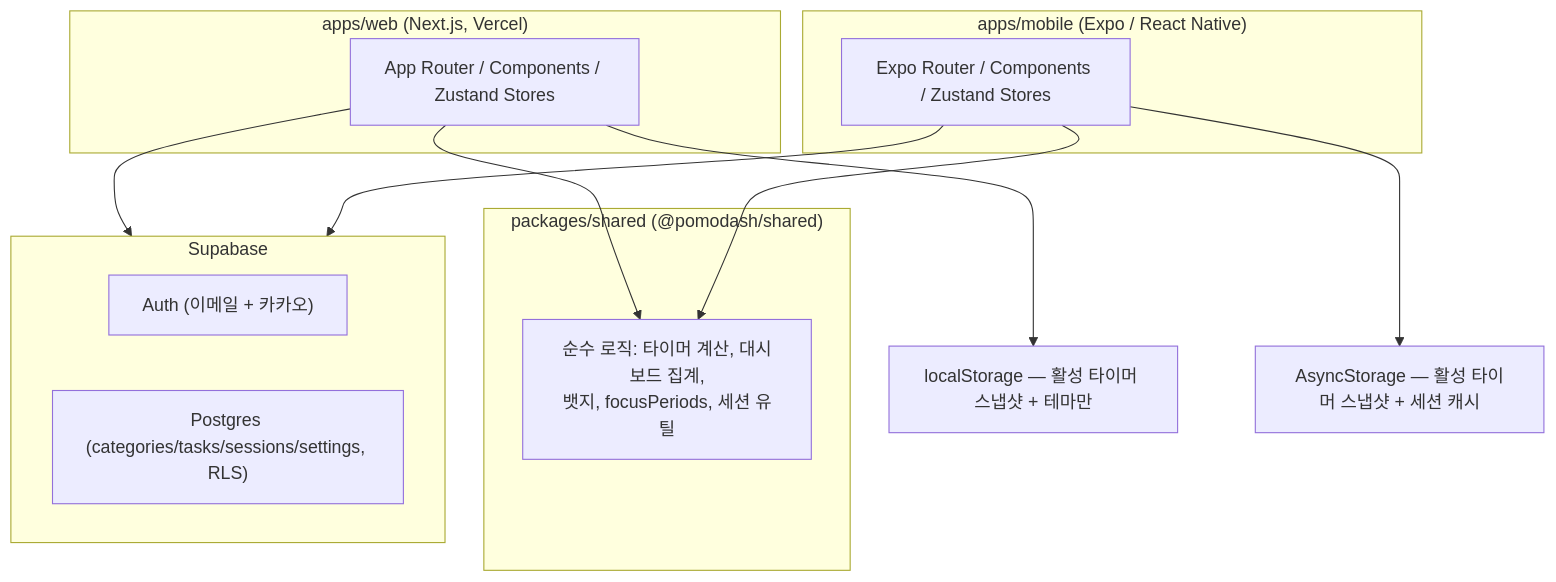
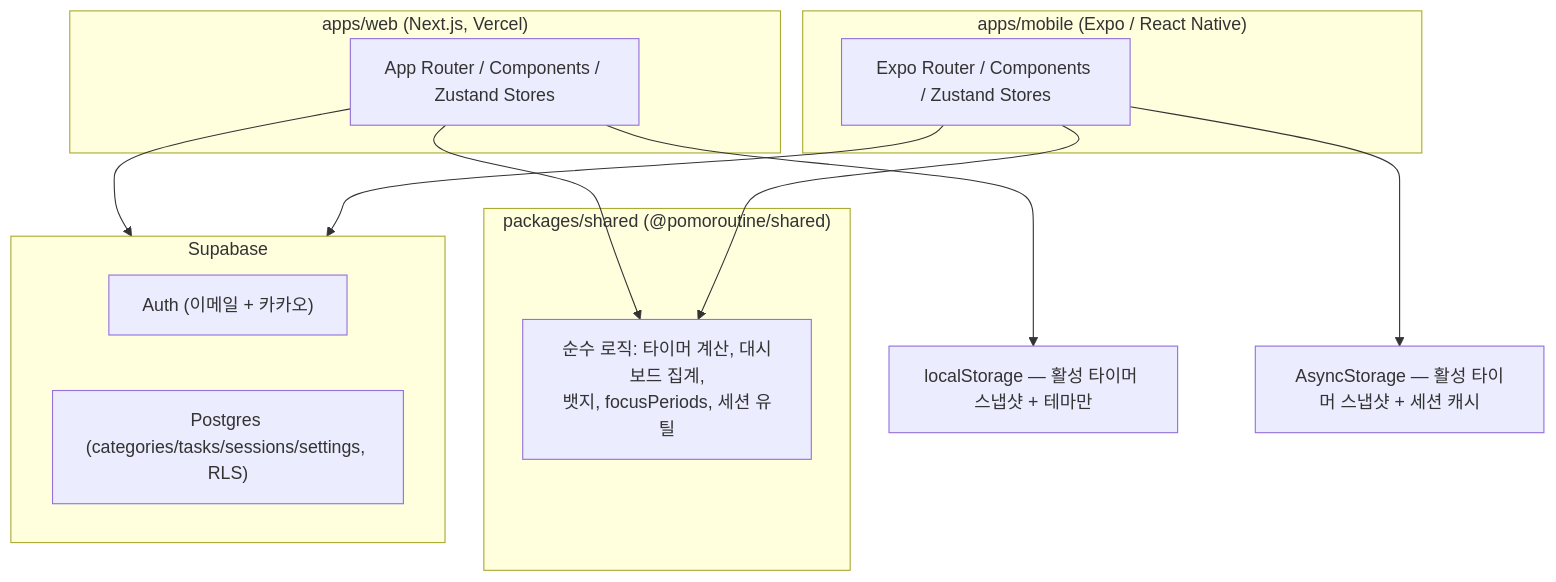
One commit to aaaz425/pomodash changed the first of 4 diagrams in docs/specs/architecture-diagram.md. Above: the diagram before and after it, drawn with Mermaid. The commit also changed other lines of this file and 85 other files, not shown here.

First line of the commit message:
chore: @pomodash/shared를 @pomoroutine/shared로 변경 (#162)

````diff
--- a/docs/specs/architecture-diagram.md
+++ b/docs/specs/architecture-diagram.md
@@ -9,27 +9,27 @@
 ```mermaid
 flowchart TB
     subgraph Web["apps/web (Next.js, Vercel)"]
         WebApp["App Router / Components / Zustand Stores"]
     end
     subgraph Mobile["apps/mobile (Expo / React Native)"]
         MobileApp["Expo Router / Components / Zustand Stores"]
     end
-    subgraph Shared["packages/shared (@pomodash/shared)"]
+    subgraph Shared["packages/shared (@pomoroutine/shared)"]
         SharedLib["순수 로직: 타이머 계산, 대시보드 집계,\n뱃지, focusPeriods, 세션 유틸"]
     end
 
     subgraph Supabase["Supabase"]
         Auth["Auth (이메일 + 카카오)"]
         DB["Postgres (categories/tasks/sessions/settings, RLS)"]
     end
 
     WebApp --> SharedLib
     MobileApp --> SharedLib
     WebApp --> Supabase
     MobileApp --> Supabase
 
     LS["localStorage — 활성 타이머 스냅샷 + 테마만"]
     AS["AsyncStorage — 활성 타이머 스냅샷 + 세션 캐시"]
     WebApp --> LS
     MobileApp --> AS
 ```
````
